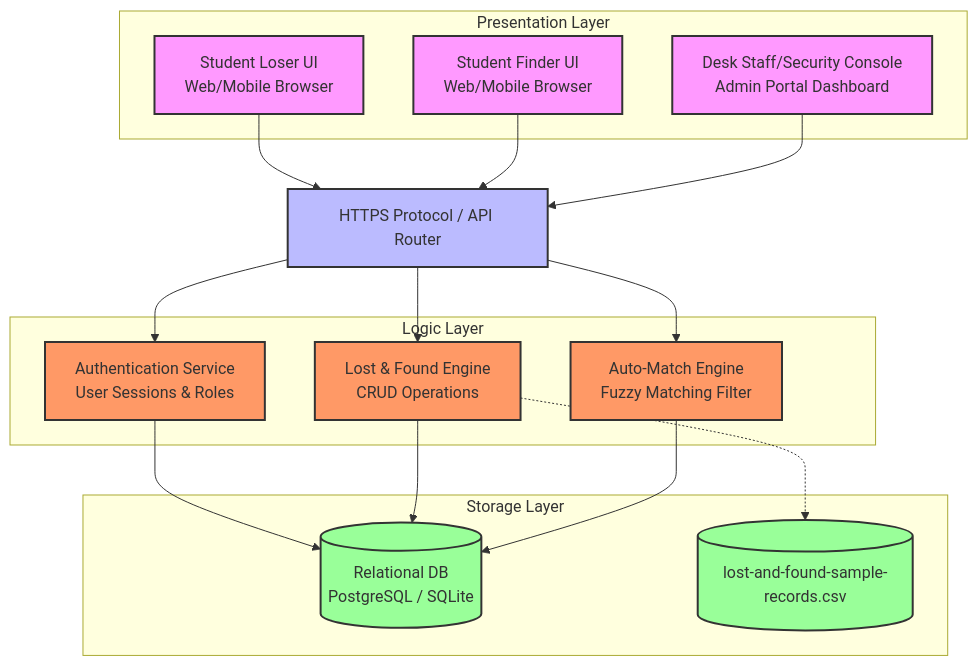
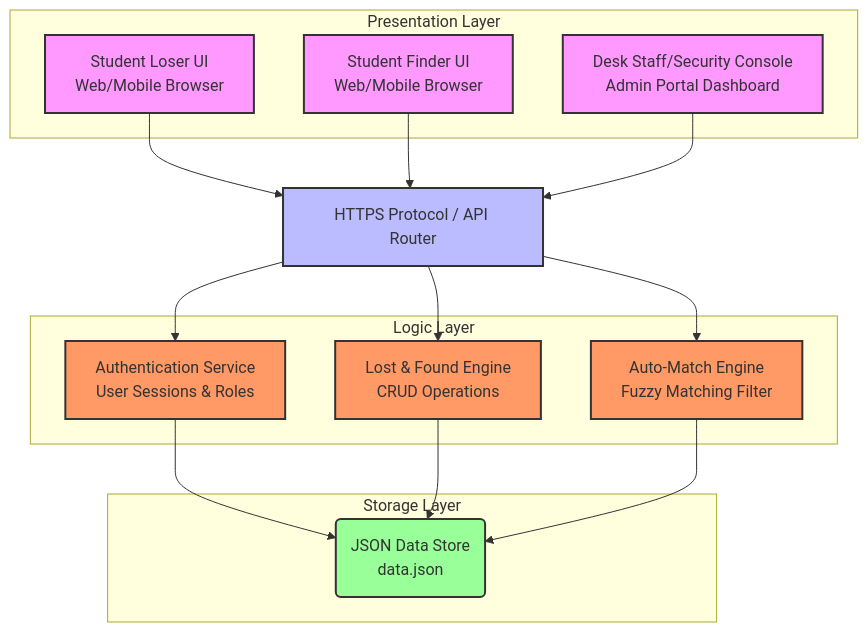
One commit to ai10011/ICT105-Lemon-MVP changed the diagram in diagrams/system-architecture.mmd. Above: the diagram before and after it, drawn with Mermaid.

Commit message:
Update system architecture diagram to use JSON data store

```diff
--- a/diagrams/system-architecture.mmd
+++ b/diagrams/system-architecture.mmd
@@ -1,43 +1,41 @@
 graph TD
     %% Styling Configuration
     classDef client fill:#f9f,stroke:#333,stroke-width:2px;
     classDef gateway fill:#bbf,stroke:#333,stroke-width:2px;
     classDef backend fill:#f96,stroke:#333,stroke-width:2px;
     classDef storage fill:#9f9,stroke:#333,stroke-width:2px;
 
     %% Presentation Layer (Frontend Clients)
     subgraph Client_Layer [Presentation Layer]
         LoserClient[Student Loser UI<br/>Web/Mobile Browser]:::client
         FinderClient[Student Finder UI<br/>Web/Mobile Browser]:::client
         AdminClient[Desk Staff/Security Console<br/>Admin Portal Dashboard]:::client
     end
 
     %% Network Gateway
     HTTPS[HTTPS Protocol / API Router]:::gateway
 
     %% Logic Layer (Application Backend APIs)
     subgraph Application_Layer [Logic Layer]
         AuthService[Authentication Service<br/>User Sessions & Roles]:::backend
         RecordService[Lost & Found Engine<br/>CRUD Operations]:::backend
         MatchingEngine[Auto-Match Engine<br/>Fuzzy Matching Filter]:::backend
     end
 
     %% Storage Layer (Database)
     subgraph Data_Layer [Storage Layer]
-        DB[(Relational DB<br/>PostgreSQL / SQLite)]:::storage
-        CSVFile[(lost-and-found-sample-records.csv)]:::storage
+        JSONFile(JSON Data Store<br/>data.json):::storage
     end
 
     %% Connections
     LoserClient --> HTTPS
     FinderClient --> HTTPS
     AdminClient --> HTTPS
 
     HTTPS --> AuthService
     HTTPS --> RecordService
     HTTPS --> MatchingEngine
 
-    AuthService --> DB
-    RecordService --> DB
-    MatchingEngine --> DB
-    RecordService -.-> CSVFile
+    AuthService --> JSONFile
+    RecordService --> JSONFile
+    MatchingEngine --> JSONFile
```
